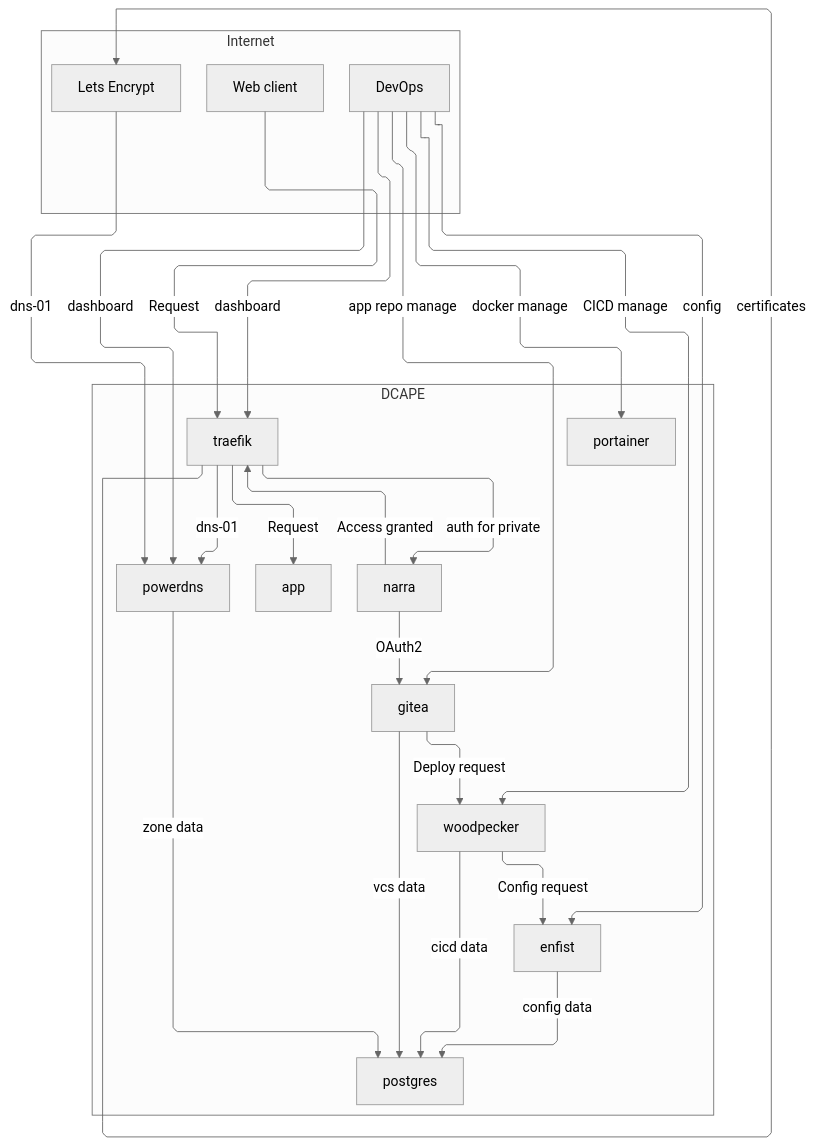
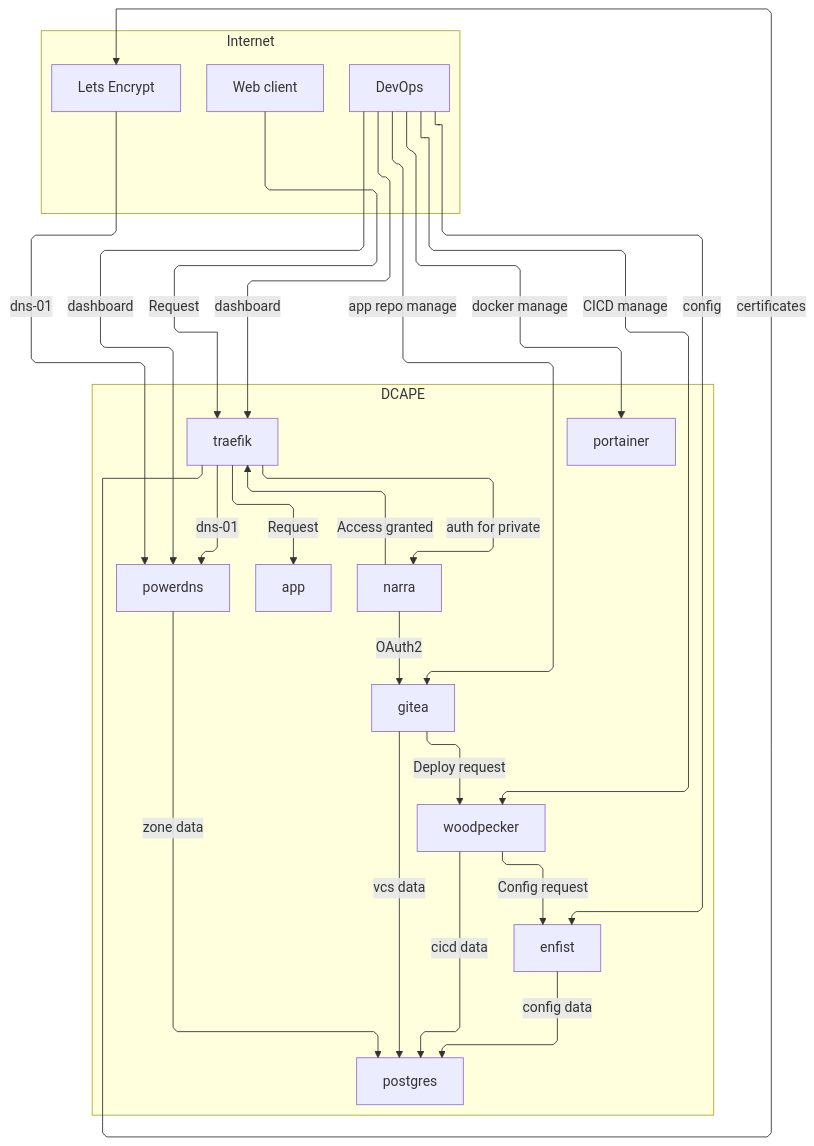
One commit to dopos/dcape changed the first of 4 diagrams in charts.md. Above: the diagram before and after it, drawn with Mermaid. The commit also changed other lines of this file, not shown here.

Commit message:
test: rm "theme": "neutral",

````diff
--- a/charts.md
+++ b/charts.md
@@ -5,44 +5,44 @@
 ```mermaid
-%%{init: {"theme": "neutral","flowchart": {"defaultRenderer": "elk", "curve": "linear"}} }%%
+%%{init: {"flowchart": {"defaultRenderer": "elk", "curve": "linear"}} }%%
 flowchart TD
   subgraph web[Internet]
     wc[Web client]
     le[Lets Encrypt]
     devops[DevOps]
   end
   subgraph dcape[DCAPE]
     auth[narra]
     cicd[woodpecker]
     config[enfist]
     db[postgres]
     manager[portainer]
     ns[powerdns]
     router[traefik]
     vcs[gitea]
     app
 
     wc-- Request -->router
     router-- certificates -->le
     le-- dns-01 -->ns
     router-- dns-01 -->ns
     router-- auth for private -->auth
     auth-- OAuth2 -->vcs
     vcs-- Deploy request -->cicd
     cicd-- Config request -->config
     router--Request -->app
     auth-- Access granted -->router
     vcs-- vcs data -->db
     cicd-- cicd data -->db
     config-- config data -->db
     ns-- zone data -->db
 
     devops-- dashboard --> router
     devops-- dashboard --> ns
     devops-- config --> config
     devops-- docker manage --> manager
     devops-- app repo manage --> vcs
     devops-- CICD manage --> cicd
     
 
   end
 ```
````
